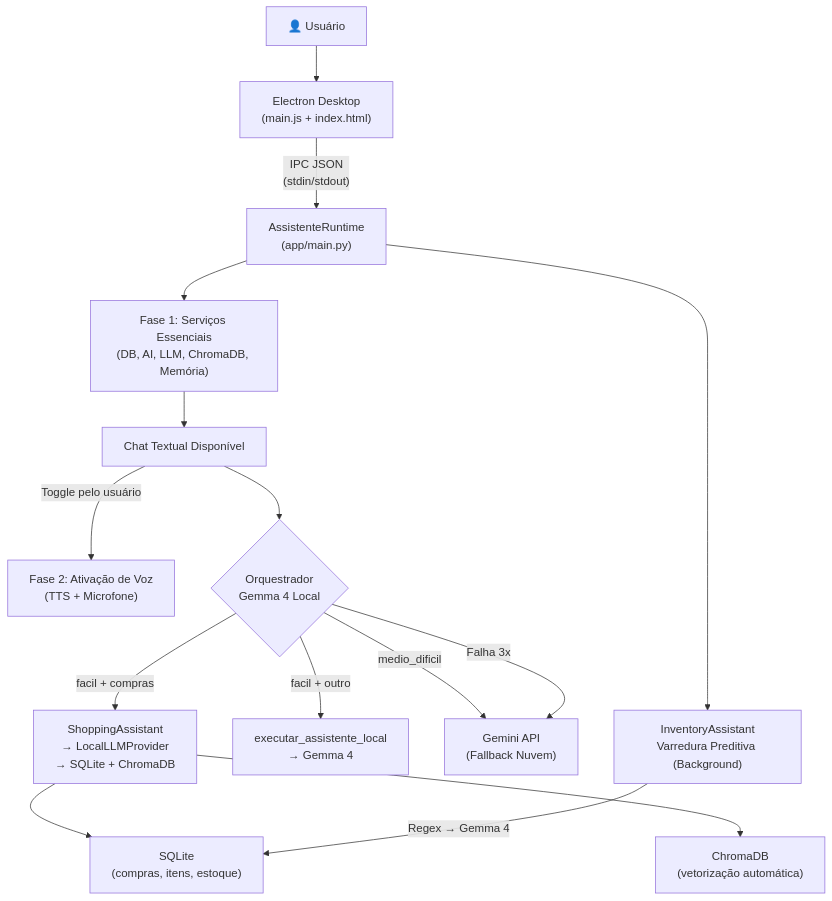
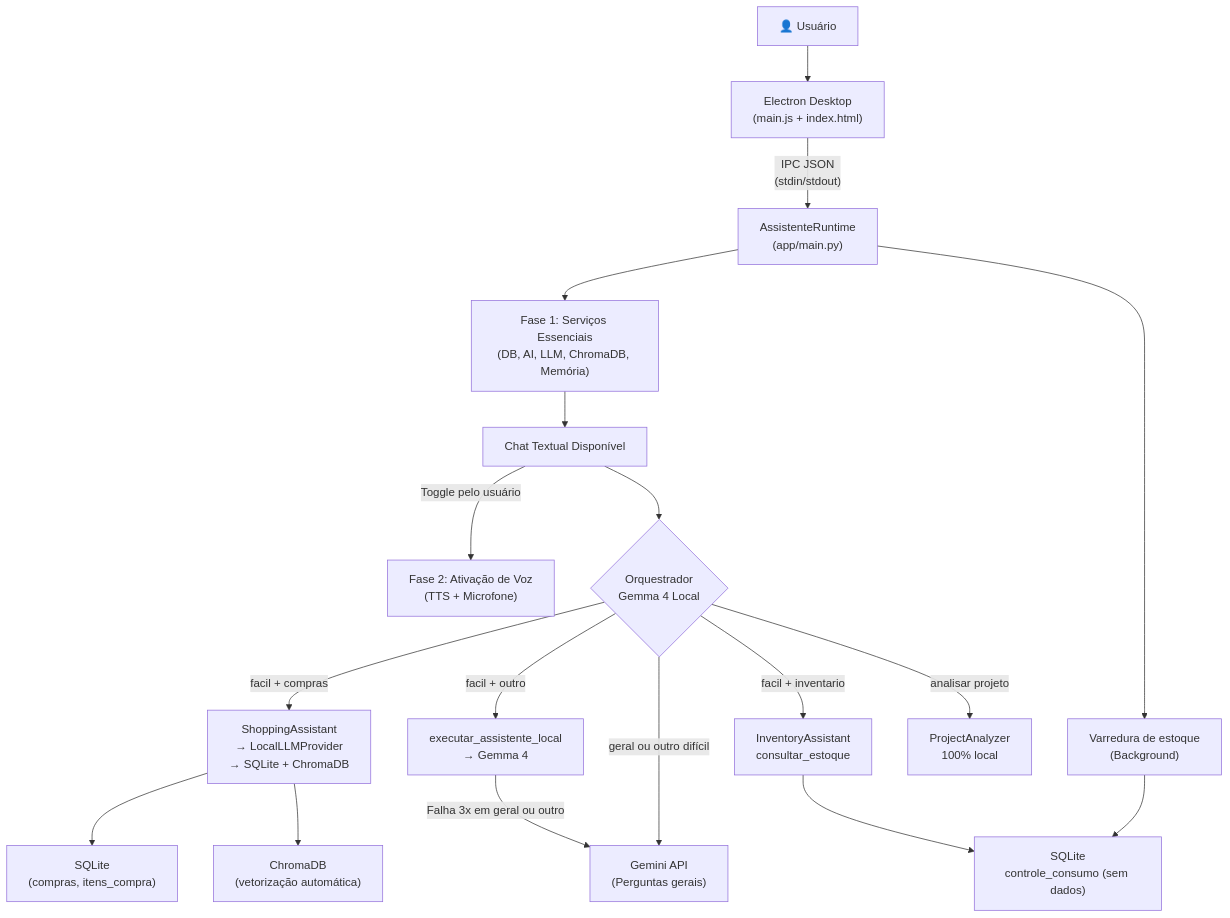
The diagram in Sobre a Versão/01 - Resumo do Sistema.md (Felipe-Stu/assistente-domestico), drawn with Mermaid before and after one commit. The commit also changed other lines of this file and 18 other files, not shown here.

First line of the commit message:
feat: Fase 1 — roteamento por regras, compras confiáveis e nuvem restrita

````diff
--- a/Sobre a Versão/01 - Resumo do Sistema.md
+++ b/Sobre a Versão/01 - Resumo do Sistema.md
@@ -61,21 +68,24 @@
 ```mermaid
 graph TD
     USER["👤 Usuário"] --> ELECTRON["Electron Desktop<br>(main.js + index.html)"]
     ELECTRON --> |"IPC JSON<br>(stdin/stdout)"| PYTHON["AssistenteRuntime<br>(app/main.py)"]
     
     PYTHON --> INIT["Fase 1: Serviços Essenciais<br>(DB, AI, LLM, ChromaDB, Memória)"]
     INIT --> READY["Chat Textual Disponível"]
     READY --> |"Toggle pelo usuário"| VOZ["Fase 2: Ativação de Voz<br>(TTS + Microfone)"]
     
     READY --> ORCH{Orquestrador<br>Gemma 4 Local}
     ORCH --> |"facil + compras"| SHOP["ShoppingAssistant<br>→ LocalLLMProvider<br>→ SQLite + ChromaDB"]
     ORCH --> |"facil + outro"| LOCAL["executar_assistente_local<br>→ Gemma 4"]
-    ORCH --> |"medio_dificil"| NUVEM["Gemini API<br>(Fallback Nuvem)"]
-    ORCH --> |"Falha 3x"| NUVEM
+    ORCH --> |"geral ou outro difícil"| NUVEM["Gemini API<br>(Perguntas gerais)"]
+    LOCAL --> |"Falha 3x em geral ou outro"| NUVEM
+    ORCH --> |"facil + inventario"| INV["InventoryAssistant<br>consultar_estoque"]
+    ORCH --> |"analisar projeto"| PA["ProjectAnalyzer<br>100% local"]
     
-    SHOP --> SQLITE["SQLite<br>(compras, itens, estoque)"]
+    SHOP --> SQLITE["SQLite<br>(compras, itens_compra)"]
     SHOP --> CHROMA["ChromaDB<br>(vetorização automática)"]
     
-    PYTHON --> INV["InventoryAssistant<br>Varredura Preditiva (Background)"]
-    INV --> |"Regex → Gemma 4"| SQLITE
+    PYTHON --> VARR["Varredura de estoque<br>(Background)"]
+    VARR --> ESTOQUE["SQLite<br>controle_consumo (sem dados)"]
+    INV --> ESTOQUE
 ```
````
